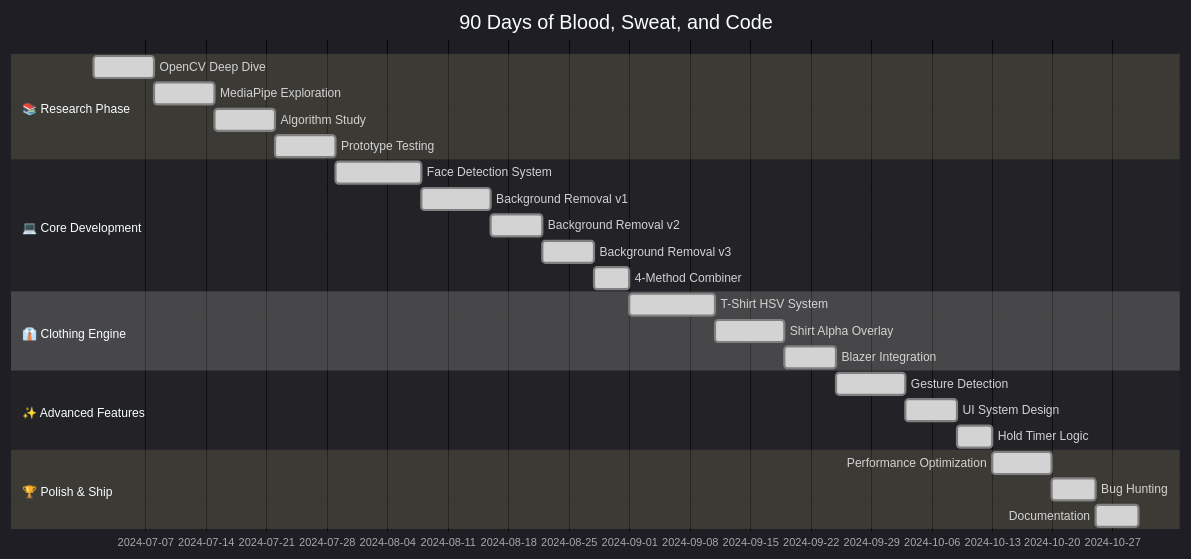
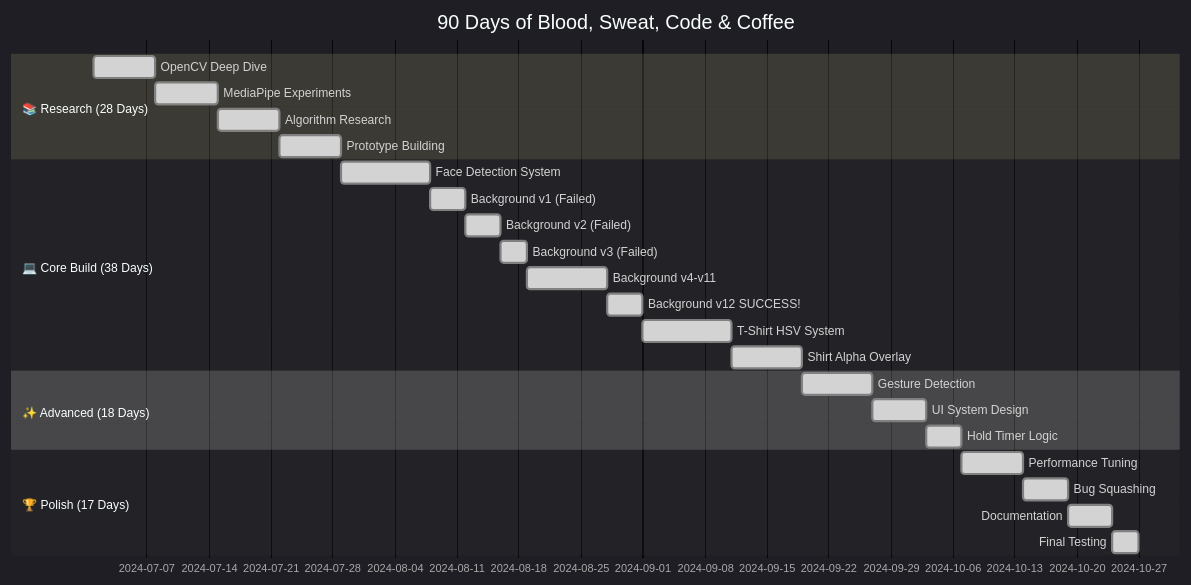
Before and after one commit to alam025/AI_Professional_Makeover: the third of 3 diagrams in readme.md, drawn with Mermaid. The commit also changed other lines of this file, not shown here.

````diff
--- a/readme.md
+++ b/readme.md
@@ -736,34 +813,33 @@
 ```mermaid
 %%{init: {'theme':'dark', 'themeVariables': { 'primaryColor':'#667EEA','secondaryColor':'#06A77D','tertiaryColor':'#F77F00'}}}%%
 gantt
-    title 90 Days of Blood, Sweat, and Code
+    title 90 Days of Blood, Sweat, Code & Coffee
     dateFormat  YYYY-MM-DD
     
-    section 📚 Research Phase
-    OpenCV Deep Dive          :done, phase1, 2024-07-01, 7d
-    MediaPipe Exploration     :done, phase2, 2024-07-08, 7d
-    Algorithm Study           :done, phase3, 2024-07-15, 7d
-    Prototype Testing         :done, phase4, 2024-07-22, 7d
+    section 📚 Research (28 Days)
+    OpenCV Deep Dive           :done, r1, 2024-07-01, 7d
+    MediaPipe Experiments      :done, r2, 2024-07-08, 7d
+    Algorithm Research         :done, r3, 2024-07-15, 7d
+    Prototype Building         :done, r4, 2024-07-22, 7d
     
-    section 💻 Core Development
-    Face Detection System     :done, core1, 2024-07-29, 10d
-    Background Removal v1     :done, core2, 2024-08-08, 8d
-    Background Removal v2     :done, core3, 2024-08-16, 6d
-    Background Removal v3     :done, core4, 2024-08-22, 6d
-    4-Method Combiner         :done, core5, 2024-08-28, 4d
+    section 💻 Core Build (38 Days)
+    Face Detection System      :done, c1, 2024-07-29, 10d
+    Background v1 (Failed)     :done, c2, 2024-08-08, 4d
+    Background v2 (Failed)     :done, c3, 2024-08-12, 4d
+    Background v3 (Failed)     :done, c4, 2024-08-16, 3d
+    Background v4-v11          :done, c5, 2024-08-19, 9d
+    Background v12 SUCCESS!    :done, c6, 2024-08-28, 4d
+    T-Shirt HSV System         :done, c7, 2024-09-01, 10d
+    Shirt Alpha Overlay        :done, c8, 2024-09-11, 8d
     
-    section 👔 Clothing Engine
-    T-Shirt HSV System        :done, cloth1, 2024-09-01, 10d
-    Shirt Alpha Overlay       :done, cloth2, 2024-09-11, 8d
-    Blazer Integration        :done, cloth3, 2024-09-19, 6d
+    section ✨ Advanced (18 Days)
+    Gesture Detection          :done, a1, 2024-09-19, 8d
+    UI System Design           :done, a2, 2024-09-27, 6d
+    Hold Timer Logic           :done, a3, 2024-10-03, 4d
     
-    section ✨ Advanced Features
-    Gesture Detection         :done, adv1, 2024-09-25, 8d
-    UI System Design          :done, adv2, 2024-10-03, 6d
-    Hold Timer Logic          :done, adv3, 2024-10-09, 4d
-    
-    section 🏆 Polish & Ship
-    Performance Optimization  :done, final1, 2024-10-13, 7d
-    Bug Hunting               :done, final2, 2024-10-20, 5d
-    Documentation             :done, final3, 2024-10-25, 5d
+    section 🏆 Polish (17 Days)
+    Performance Tuning         :done, p1, 2024-10-07, 7d
+    Bug Squashing              :done, p2, 2024-10-14, 5d
+    Documentation              :done, p3, 2024-10-19, 5d
+    Final Testing              :done, p4, 2024-10-24, 3d
 ```
````
